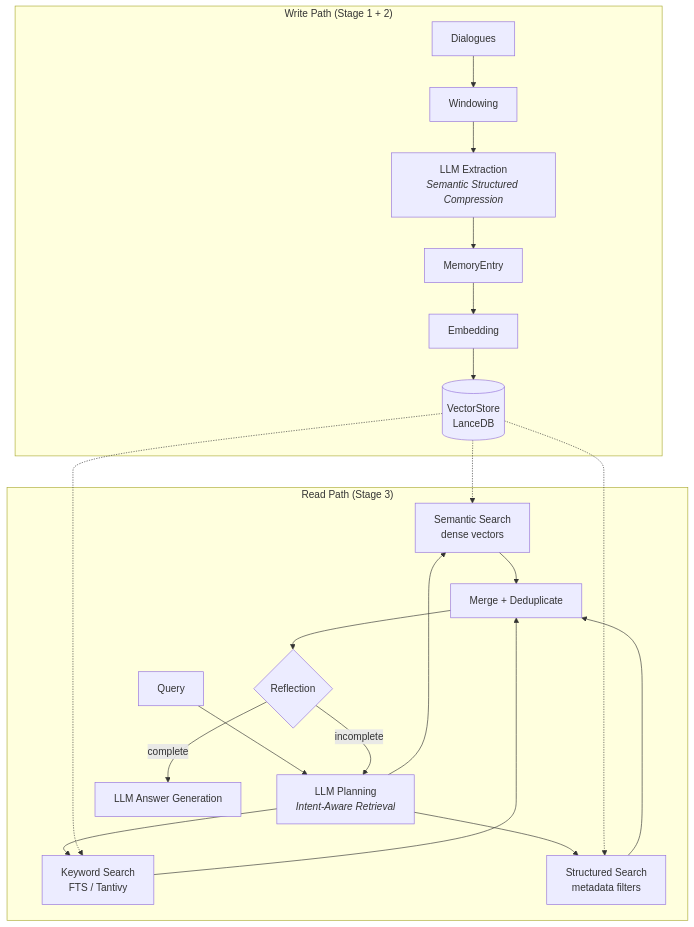
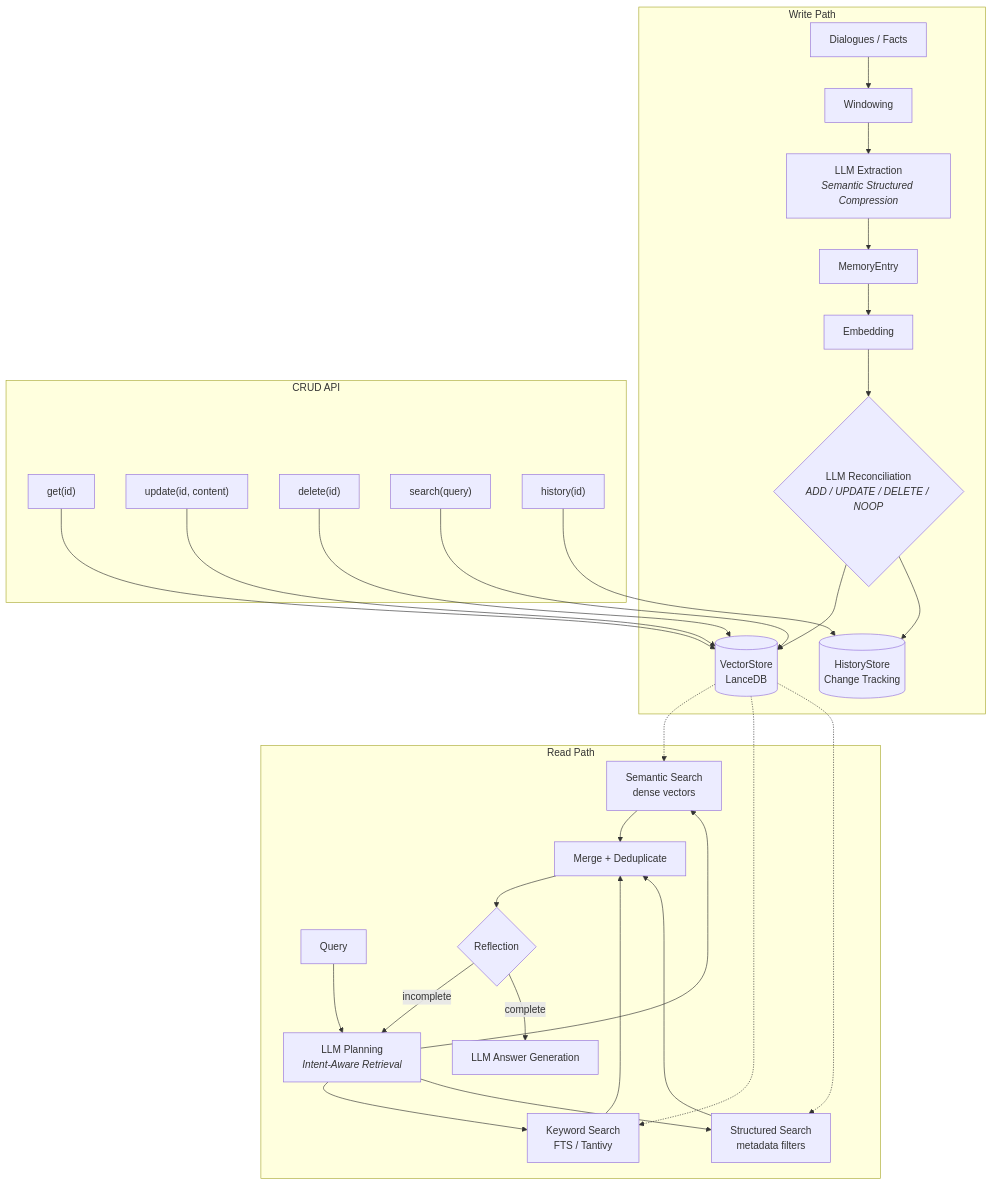
One commit to dfytg/meme changed the diagram in README.md. Above: the diagram before and after it, drawn with Mermaid. The commit also changed other lines of this file and 1 other file, not shown here.

First line of the commit message:
docs: update README with lifecycle reconciliation, CRUD operations, and benchmark section

````diff
--- a/README.md
+++ b/README.md
@@ -167,23 +199,33 @@
 ```mermaid
 flowchart TB
-    subgraph Write["Write Path (Stage 1 + 2)"]
-        D[Dialogues] --> W[Windowing]
+    subgraph Write["Write Path"]
+        D["Dialogues / Facts"] --> W[Windowing]
         W --> LLM1["LLM Extraction<br/><i>Semantic Structured Compression</i>"]
         LLM1 --> E[MemoryEntry]
         E --> EMB1[Embedding]
-        EMB1 --> VS[(VectorStore<br/>LanceDB)]
+        EMB1 --> RC{"LLM Reconciliation<br/><i>ADD / UPDATE / DELETE / NOOP</i>"}
+        RC --> VS[(VectorStore<br/>LanceDB)]
+        RC --> HS[(HistoryStore<br/>Change Tracking)]
     end
 
-    subgraph Read["Read Path (Stage 3)"]
+    subgraph CRUD["CRUD API"]
+        GA["get(id)"] --> VS
+        UA["update(id, content)"] --> VS
+        DA["delete(id)"] --> VS
+        SA["search(query)"] --> VS
+        HA["history(id)"] --> HS
+    end
+
+    subgraph Read["Read Path"]
         Q[Query] --> P["LLM Planning<br/><i>Intent-Aware Retrieval</i>"]
         P --> S1[Semantic Search<br/>dense vectors]
         P --> S2[Keyword Search<br/>FTS / Tantivy]
         P --> S3[Structured Search<br/>metadata filters]
         S1 & S2 & S3 --> M[Merge + Deduplicate]
         M --> R{Reflection}
         R -->|incomplete| P
         R -->|complete| G["LLM Answer Generation"]
     end
 
     VS -.-> S1 & S2 & S3
 ```
````
